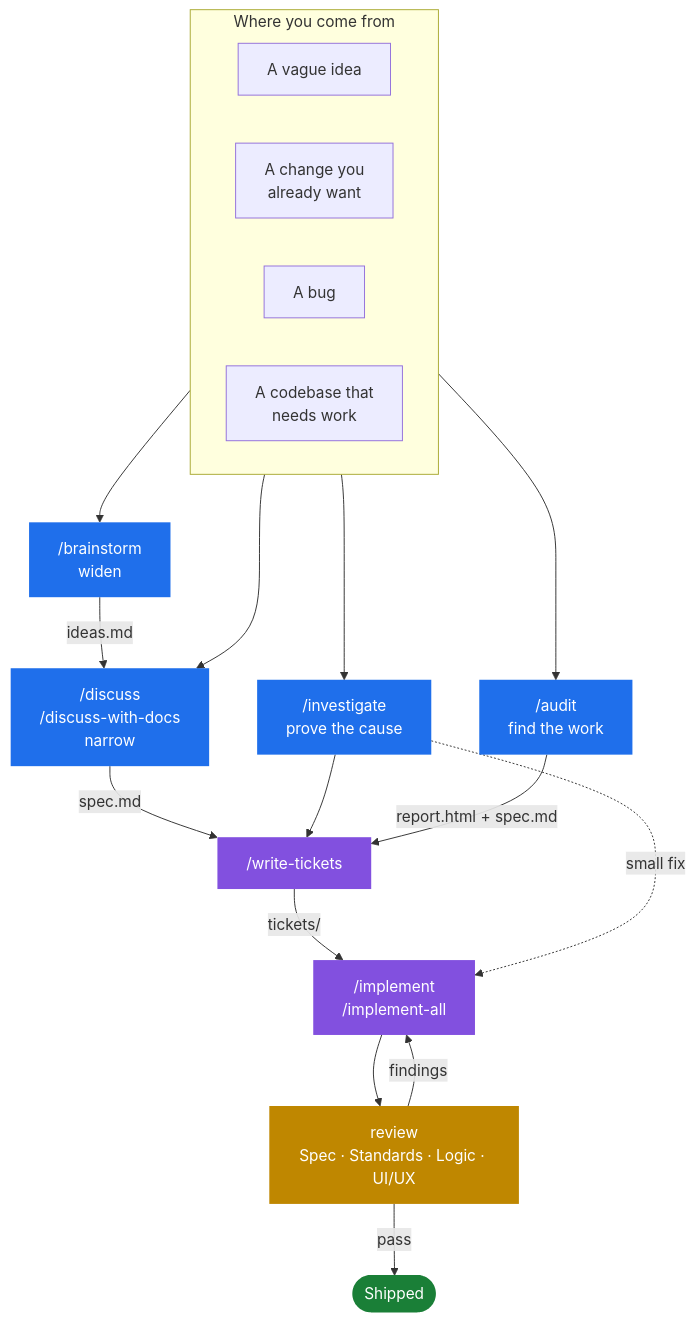
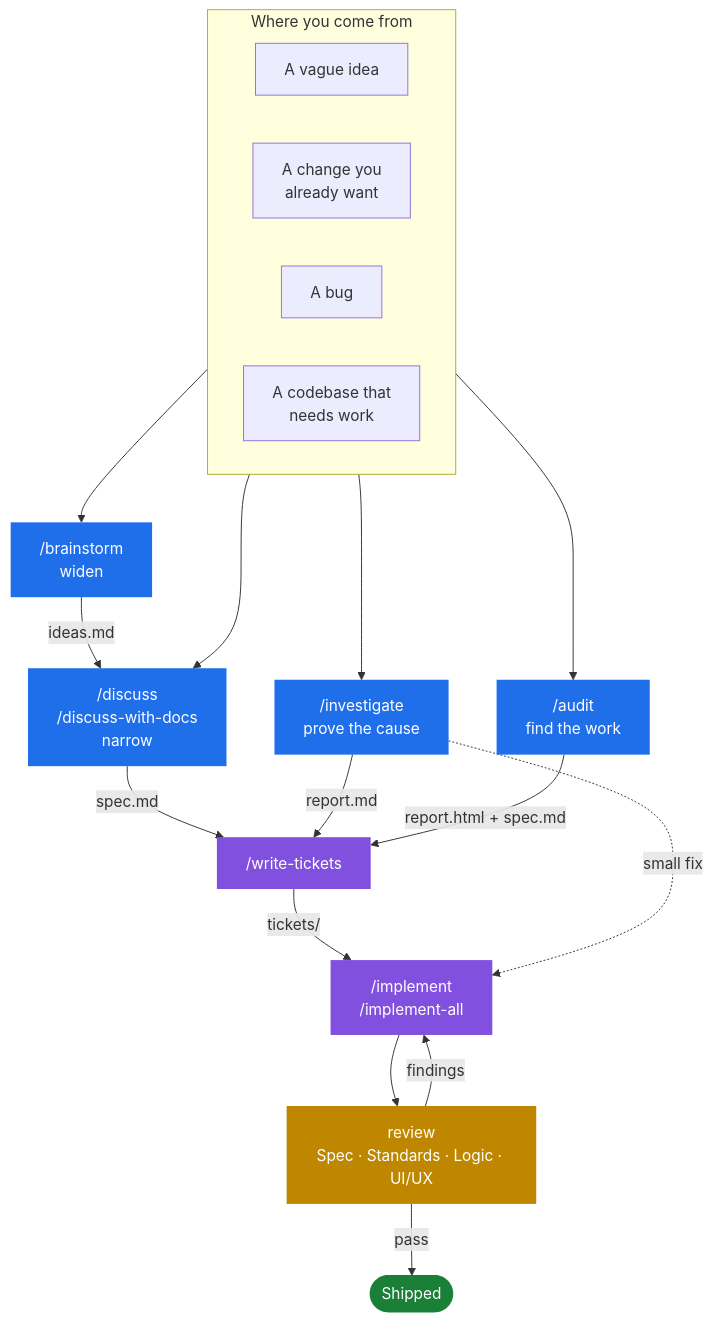
One commit to NickDabizaz/skills changed the first of 6 diagrams in README.md. Above: the diagram before and after it, drawn with Mermaid. The commit also changed other lines of this file and 8 other files, not shown here.

````diff
--- a/README.md
+++ b/README.md
@@ -76,36 +76,36 @@
 ```mermaid
 flowchart TD
     subgraph entry["Where you come from"]
         direction LR
         E1["A vague idea"]
         E2["A change you<br/>already want"]
         E3["A bug"]
         E4["A codebase that<br/>needs work"]
     end
 
     E1 --> BR["/brainstorm<br/>widen"]
     E2 --> DIS["/discuss<br/>/discuss-with-docs<br/>narrow"]
     E3 --> INV["/investigate<br/>prove the cause"]
     E4 --> AUD["/audit<br/>find the work"]
 
     BR -->|"ideas.md"| DIS
     DIS -->|"spec.md"| WT["/write-tickets"]
-    INV --> WT
+    INV -->|"report.md"| WT
     AUD -->|"report.html + spec.md"| WT
 
     WT -->|"tickets/"| IMP["/implement<br/>/implement-all"]
     INV -.->|"small fix"| IMP
 
     IMP --> REV["review<br/>Spec · Standards · Logic · UI/UX"]
     REV -->|"findings"| IMP
     REV -->|"pass"| SHIP(["Shipped"])
 
     style BR fill:#1f6feb,color:#fff,stroke:none
     style DIS fill:#1f6feb,color:#fff,stroke:none
     style INV fill:#1f6feb,color:#fff,stroke:none
     style AUD fill:#1f6feb,color:#fff,stroke:none
     style WT fill:#8250df,color:#fff,stroke:none
     style IMP fill:#8250df,color:#fff,stroke:none
     style REV fill:#bf8700,color:#fff,stroke:none
     style SHIP fill:#1a7f37,color:#fff,stroke:none
 ```
````
